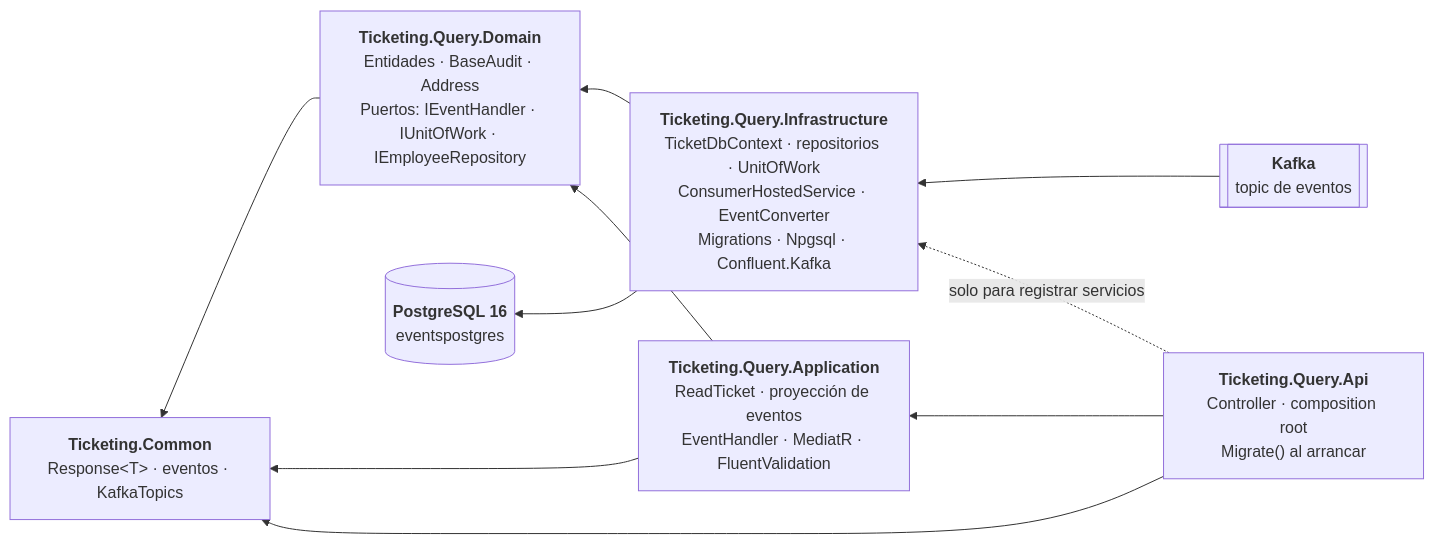
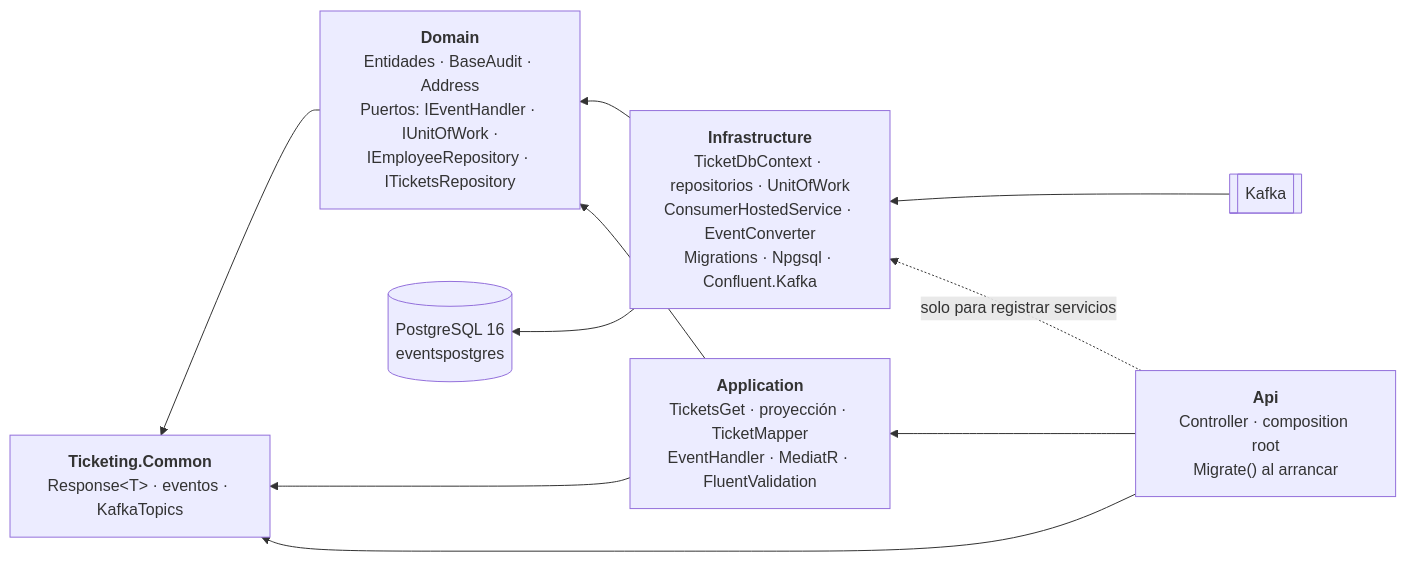
Before and after one commit to rubendevvalencia/BackendPortfolio: the first of 2 diagrams in Microservices-Events/docs/query/arquitectura.md, drawn with Mermaid. The commit also changed other lines of this file and 11 other files, not shown here.

````diff
--- a/Microservices-Events/docs/query/arquitectura.md
+++ b/Microservices-Events/docs/query/arquitectura.md
@@ -27,20 +21,20 @@
 ```mermaid
 flowchart RL
-    API["<b>Ticketing.Query.Api</b><br/>Controller · composition root<br/>Migrate() al arrancar"]
-    APP["<b>Ticketing.Query.Application</b><br/>ReadTicket · proyección de eventos<br/>EventHandler · MediatR · FluentValidation"]
-    DOM["<b>Ticketing.Query.Domain</b><br/>Entidades · BaseAudit · Address<br/>Puertos: IEventHandler · IUnitOfWork · IEmployeeRepository"]
-    INF["<b>Ticketing.Query.Infrastructure</b><br/>TicketDbContext · repositorios · UnitOfWork<br/>ConsumerHostedService · EventConverter<br/>Migrations · Npgsql · Confluent.Kafka"]
+    API["<b>Api</b><br/>Controller · composition root<br/>Migrate() al arrancar"]
+    APP["<b>Application</b><br/>TicketsGet · proyección · TicketMapper<br/>EventHandler · MediatR · FluentValidation"]
+    DOM["<b>Domain</b><br/>Entidades · BaseAudit · Address<br/>Puertos: IEventHandler · IUnitOfWork ·<br/>IEmployeeRepository · ITicketsRepository"]
+    INF["<b>Infrastructure</b><br/>TicketDbContext · repositorios · UnitOfWork<br/>ConsumerHostedService · EventConverter<br/>Migrations · Npgsql · Confluent.Kafka"]
     COM["<b>Ticketing.Common</b><br/>Response&lt;T&gt; · eventos · KafkaTopics"]
-    PG[("<b>PostgreSQL 16</b><br/>eventspostgres")]
-    KAFKA[["<b>Kafka</b><br/>topic de eventos"]]
+    PG[("PostgreSQL 16<br/>eventspostgres")]
+    KAFKA[["Kafka"]]
 
     API --> APP
     API -.->|solo para registrar servicios| INF
     API --> COM
     APP --> DOM
     APP --> COM
     INF --> DOM
     DOM --> COM
     INF --> PG
     KAFKA --> INF
 ```
````
